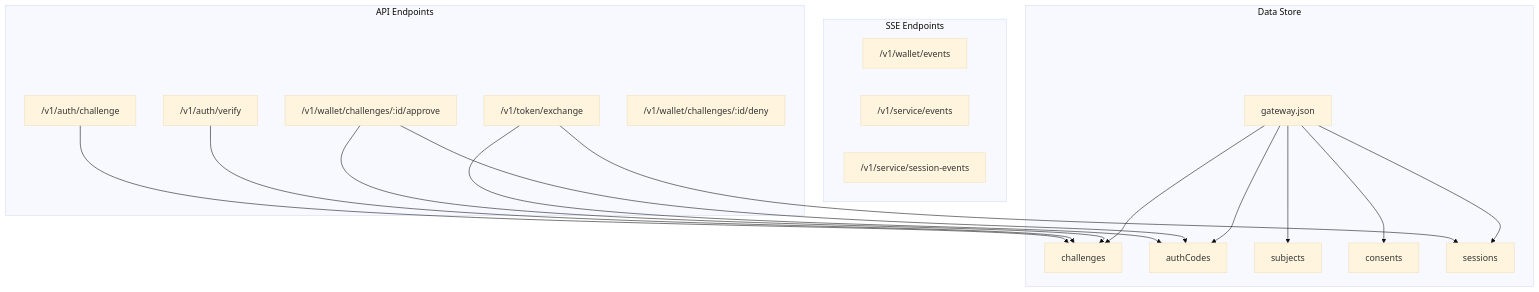
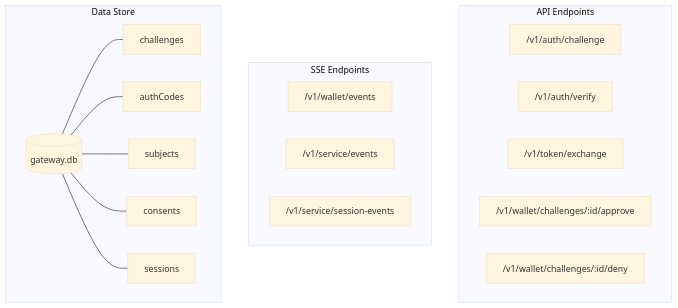
The seventh of 12 diagrams in ARCHITECTURE.md (superwhyun/MiID), drawn with Mermaid (base theme) before and after one commit. The commit also changed other lines of this file and 1 other file, not shown here.

````diff
--- a/ARCHITECTURE.md
+++ b/ARCHITECTURE.md
@@ -269,38 +279,31 @@
 ```mermaid
 flowchart TB
     subgraph "API Endpoints"
         A1["/v1/auth/challenge"]
         A2["/v1/auth/verify"]
         A3["/v1/token/exchange"]
         A4["/v1/wallet/challenges/:id/approve"]
         A5["/v1/wallet/challenges/:id/deny"]
     end
 
     subgraph "SSE Endpoints"
         S1["/v1/wallet/events"]
         S2["/v1/service/events"]
         S3["/v1/service/session-events"]
     end
 
     subgraph "Data Store"
-        DS["gateway.json"]
+        DS[("gateway.db")]
         CH["challenges"]
         AC["authCodes"]
         SU["subjects"]
         CO["consents"]
         SE["sessions"]
     end
 
-    A1 --> CH
-    A2 --> CH
-    A3 --> AC
-    A3 --> SE
-    A4 --> CH
-    A4 --> AC
-
-    DS --> CH
-    DS --> AC
-    DS --> SU
-    DS --> CO
-    DS --> SE
+    DS --- CH
+    DS --- AC
+    DS --- SU
+    DS --- CO
+    DS --- SE
 ```
````
